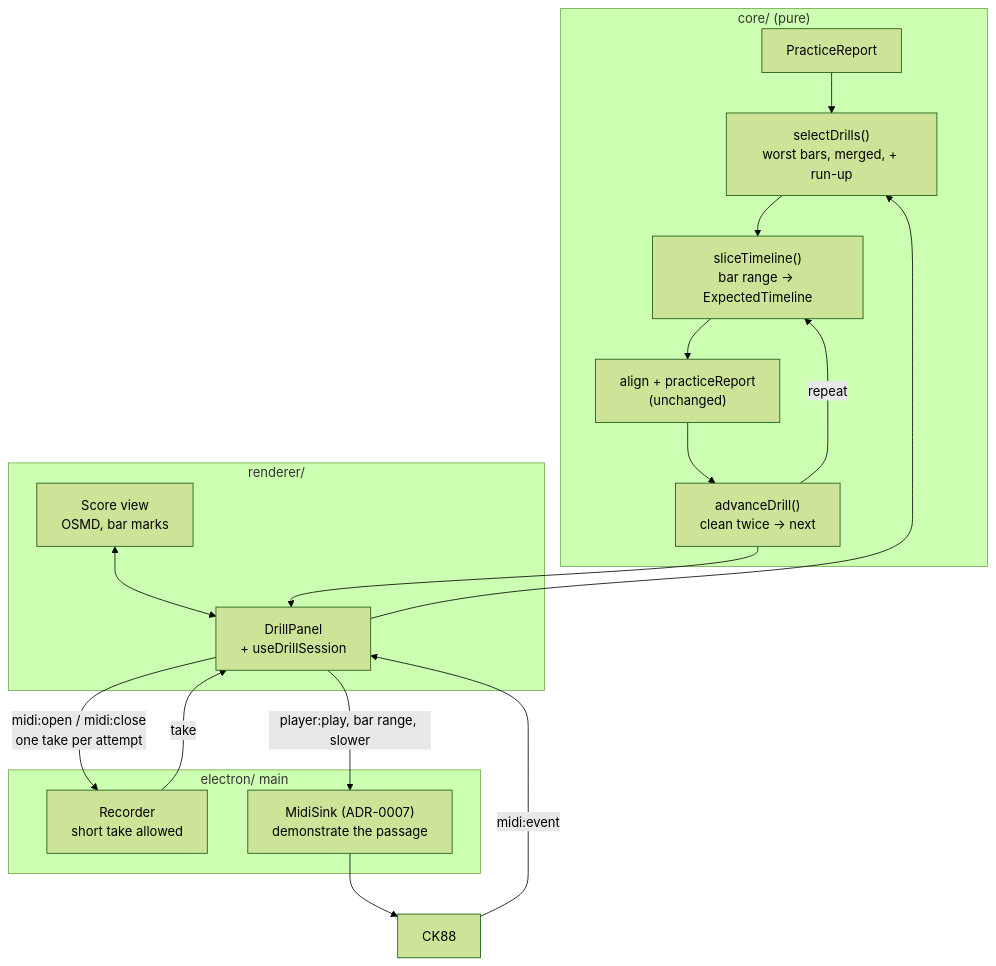
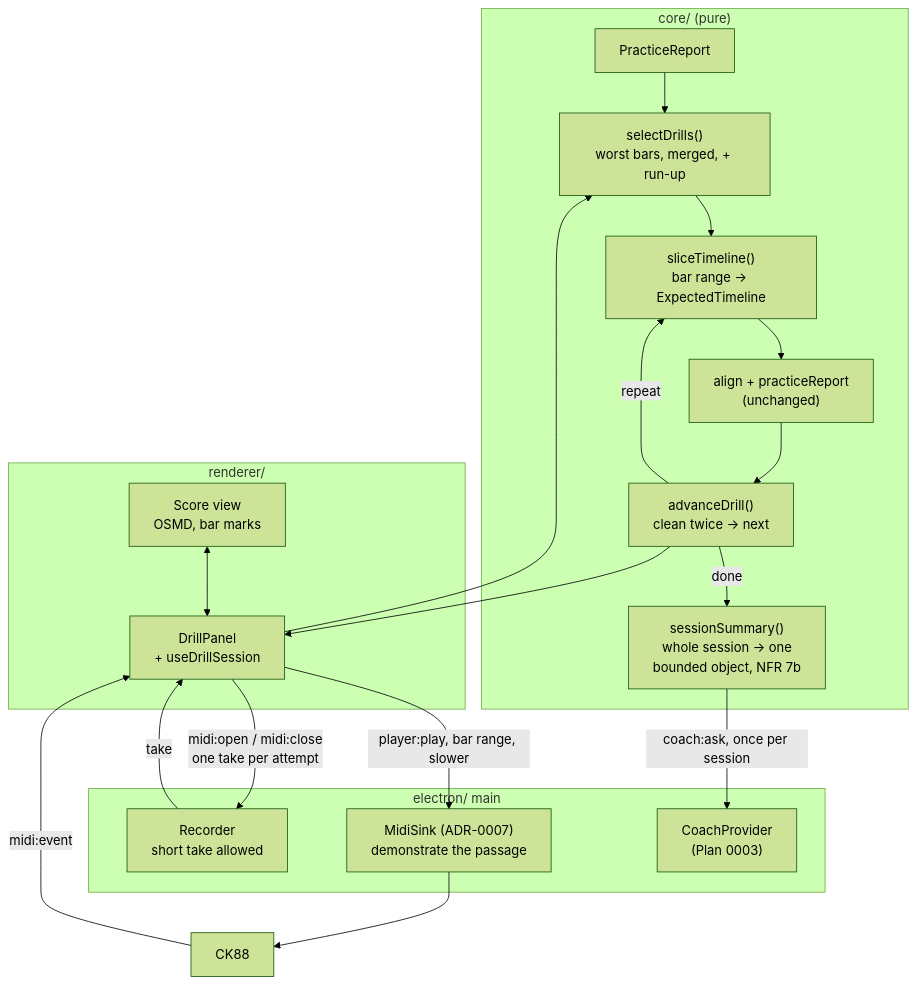
The diagram in docs/plans/0005-the-practice-loop.md (IgorKonovalov/piano-tutor), drawn with Mermaid (forest theme) before and after one commit. The commit also changed other lines of this file and 2 other files, not shown here.

````diff
--- a/docs/plans/0005-the-practice-loop.md
+++ b/docs/plans/0005-the-practice-loop.md
@@ -87,27 +104,31 @@
 ```mermaid
 flowchart TB
     subgraph core["core/ (pure)"]
         RPT[PracticeReport]
         SEL["selectDrills()<br/>worst bars, merged, + run-up"]
         SLICE["sliceTimeline()<br/>bar range -> ExpectedTimeline"]
         ADV["advanceDrill()<br/>clean twice -> next"]
         ALIGN["align + practiceReport<br/>(unchanged)"]
+        SUM["sessionSummary()<br/>whole session -> one<br/>bounded object, NFR 7b"]
         RPT --> SEL --> SLICE --> ALIGN --> ADV
         ADV -->|repeat| SLICE
+        ADV -->|done| SUM
     end
     subgraph renderer["renderer/"]
         SCORE["Score view<br/>OSMD, bar marks"]
         LOOP["DrillPanel<br/>+ useDrillSession"]
         SCORE <--> LOOP
     end
     subgraph main["electron/ main"]
         REC["Recorder<br/>short take allowed"]
         SINK["MidiSink (ADR-0007)<br/>demonstrate the passage"]
+        PROV["CoachProvider<br/>(Plan 0003)"]
     end
     CK["CK88"] -->|midi:event| LOOP
     LOOP -->|midi:open / midi:close<br/>one take per attempt| REC
     REC -->|take| LOOP
     LOOP --> SEL
     ADV --> LOOP
     LOOP -->|player:play, bar range, slower| SINK --> CK
+    SUM -->|coach:ask, once per session| PROV
 ```
````
